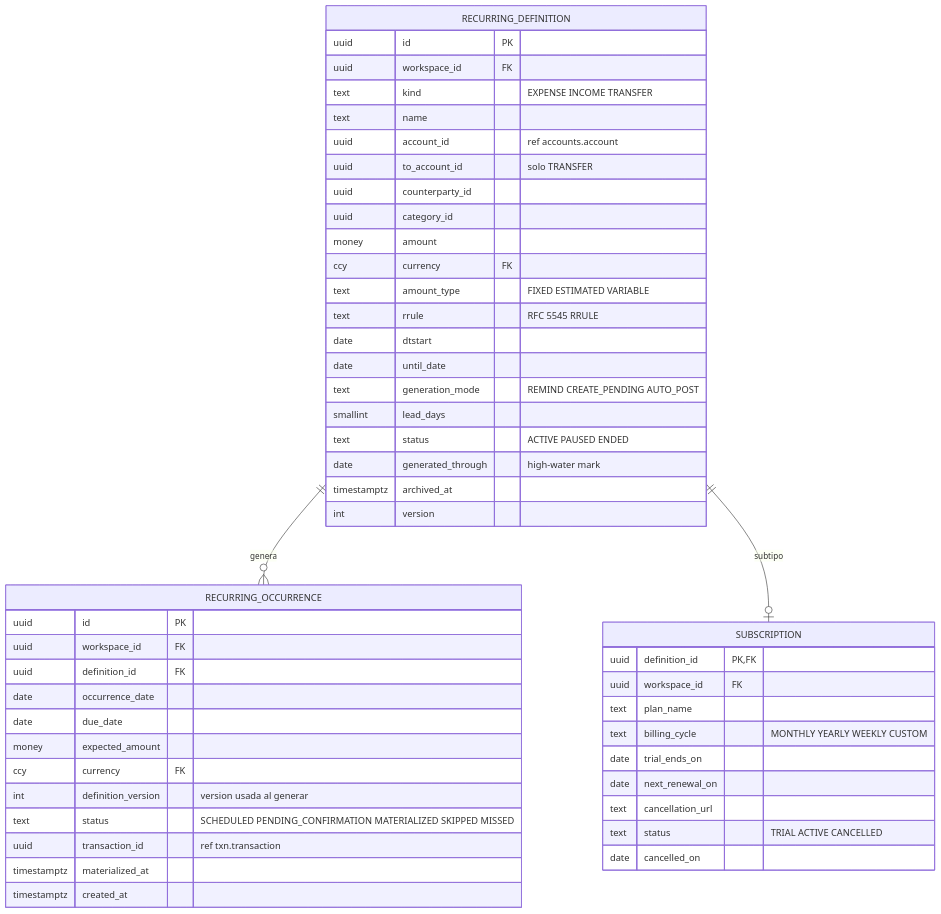
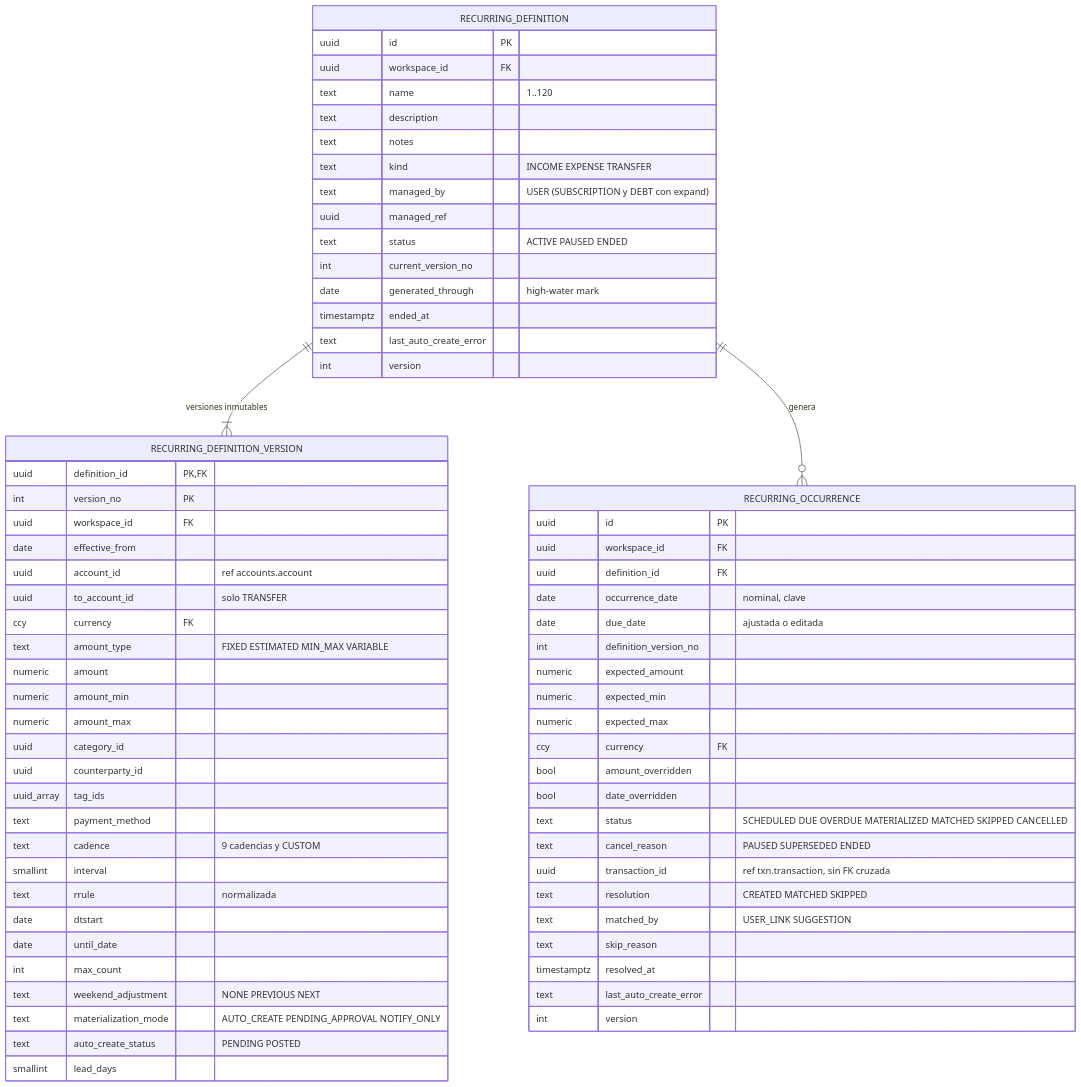
The ninth of 21 diagrams in docs/08-data-model.md (manuXD270516/personal-finances), drawn with Mermaid before and after one commit. The commit also changed other lines of this file and 196 other files, not shown here.

````diff
--- a/docs/08-data-model.md
+++ b/docs/08-data-model.md
@@ -869,52 +871,71 @@
 ```mermaid
 erDiagram
+  RECURRING_DEFINITION ||--|{ RECURRING_DEFINITION_VERSION : "versiones inmutables"
   RECURRING_DEFINITION ||--o{ RECURRING_OCCURRENCE : "genera"
-  RECURRING_DEFINITION ||--o| SUBSCRIPTION : "subtipo"
   RECURRING_DEFINITION {
     uuid id PK
     uuid workspace_id FK
-    text kind "EXPENSE INCOME TRANSFER"
-    text name
+    text name "1..120"
+    text description
+    text notes
+    text kind "INCOME EXPENSE TRANSFER"
+    text managed_by "USER (SUBSCRIPTION y DEBT con expand)"
+    uuid managed_ref
+    text status "ACTIVE PAUSED ENDED"
+    int current_version_no
+    date generated_through "high-water mark"
+    timestamptz ended_at
+    text last_auto_create_error
+    int version
+  }
+  RECURRING_DEFINITION_VERSION {
+    uuid definition_id PK, FK
+    int version_no PK
+    uuid workspace_id FK
+    date effective_from
     uuid account_id "ref accounts.account"
     uuid to_account_id "solo TRANSFER"
+    ccy currency FK
+    text amount_type "FIXED ESTIMATED MIN_MAX VARIABLE"
+    numeric amount
+    numeric amount_min
+    numeric amount_max
+    uuid category_id
     uuid counterparty_id
-    uuid category_id
-    money amount
-    ccy currency FK
-    text amount_type "FIXED ESTIMATED VARIABLE"
-    text rrule "RFC 5545 RRULE"
+    uuid_array tag_ids
+    text payment_method
+    text cadence "9 cadencias y CUSTOM"
+    smallint interval
+    text rrule "normalizada"
     date dtstart
     date until_date
-    text generation_mode "REMIND CREATE_PENDING AUTO_POST"
+    int max_count
+    text weekend_adjustment "NONE PREVIOUS NEXT"
+    text materialization_mode "AUTO_CREATE PENDING_APPROVAL NOTIFY_ONLY"
+    text auto_create_status "PENDING POSTED"
     smallint lead_days
-    text status "ACTIVE PAUSED ENDED"
-    date generated_through "high-water mark"
-    timestamptz archived_at
-    int version
-  }
-  SUBSCRIPTION {
-    uuid definition_id PK, FK
-    uuid workspace_id FK
-    text plan_name
-    text billing_cycle "MONTHLY YEARLY WEEKLY CUSTOM"
-    date trial_ends_on
-    date next_renewal_on
-    text cancellation_url
-    text status "TRIAL ACTIVE CANCELLED"
-    date cancelled_on
   }
   RECURRING_OCCURRENCE {
     uuid id PK
     uuid workspace_id FK
     uuid definition_id FK
-    date occurrence_date
-    date due_date
-    money expected_amount
+    date occurrence_date "nominal, clave"
+    date due_date "ajustada o editada"
+    int definition_version_no
+    numeric expected_amount
+    numeric expected_min
+    numeric expected_max
     ccy currency FK
-    int definition_version "version usada al generar"
-    text status "SCHEDULED PENDING_CONFIRMATION MATERIALIZED SKIPPED MISSED"
-    uuid transaction_id "ref txn.transaction"
-    timestamptz materialized_at
-    timestamptz created_at
+    bool amount_overridden
+    bool date_overridden
+    text status "SCHEDULED DUE OVERDUE MATERIALIZED MATCHED SKIPPED CANCELLED"
+    text cancel_reason "PAUSED SUPERSEDED ENDED"
+    uuid transaction_id "ref txn.transaction, sin FK cruzada"
+    text resolution "CREATED MATCHED SKIPPED"
+    text matched_by "USER_LINK SUGGESTION"
+    text skip_reason
+    timestamptz resolved_at
+    text last_auto_create_error
+    int version
   }
 ```
````
